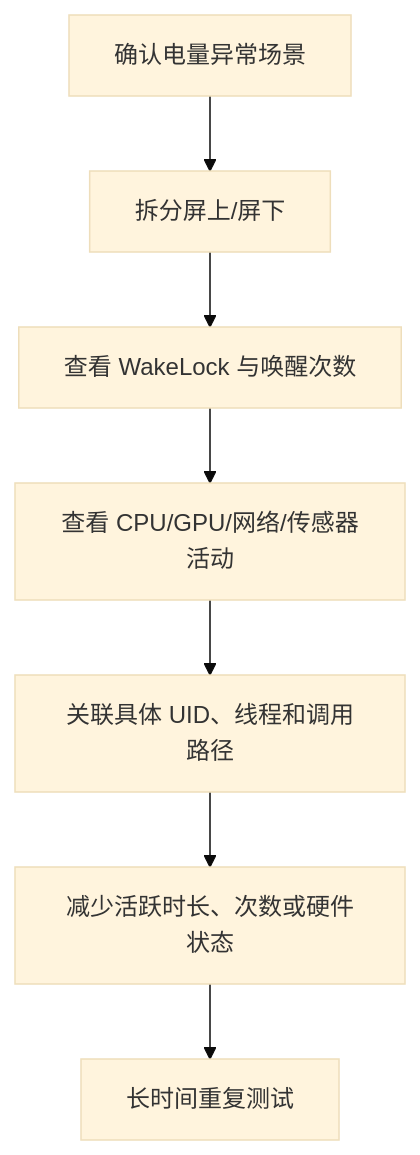
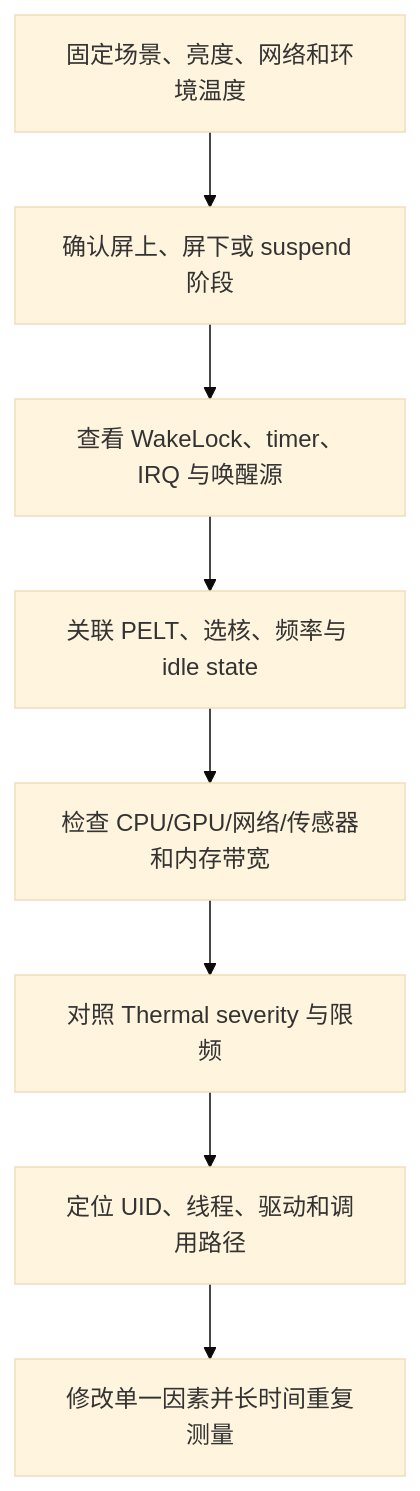
One commit to Fizgrad/fizgrad.github.io changed diagram 28 of 29 in blog/Android.md. Above: the diagram before and after it, drawn with Mermaid (base theme). The commit also changed other lines of this file and 3 other files, not shown here.

````diff
--- a/blog/Android.md
+++ b/blog/Android.md
@@ -2727,9 +2943,10 @@
 ```mermaid
 flowchart TB
-    A[确认电量异常场景] --> B[拆分屏上/屏下]
-    B --> C[查看 WakeLock 与唤醒次数]
-    C --> D[查看 CPU/GPU/网络/传感器活动]
-    D --> E[关联具体 UID、线程和调用路径]
-    E --> F[减少活跃时长、次数或硬件状态]
-    F --> G[长时间重复测试]
+    A[固定场景、亮度、网络和环境温度] --> B[确认屏上、屏下或 suspend 阶段]
+    B --> C[查看 WakeLock、timer、IRQ 与唤醒源]
+    C --> D[关联 PELT、选核、频率与 idle state]
+    D --> E[检查 CPU/GPU/网络/传感器和内存带宽]
+    E --> F[对照 Thermal severity 与限频]
+    F --> G[定位 UID、线程、驱动和调用路径]
+    G --> H[修改单一因素并长时间重复测量]
 ```
````
